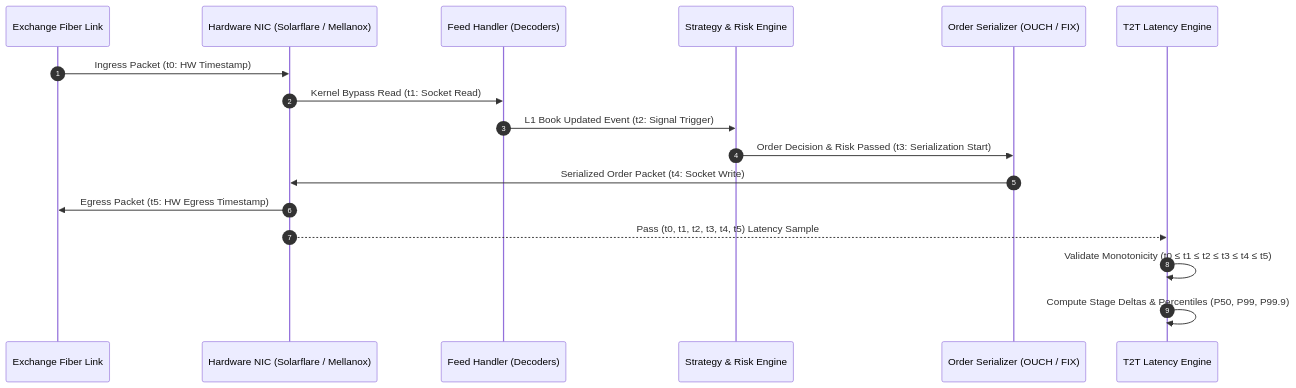
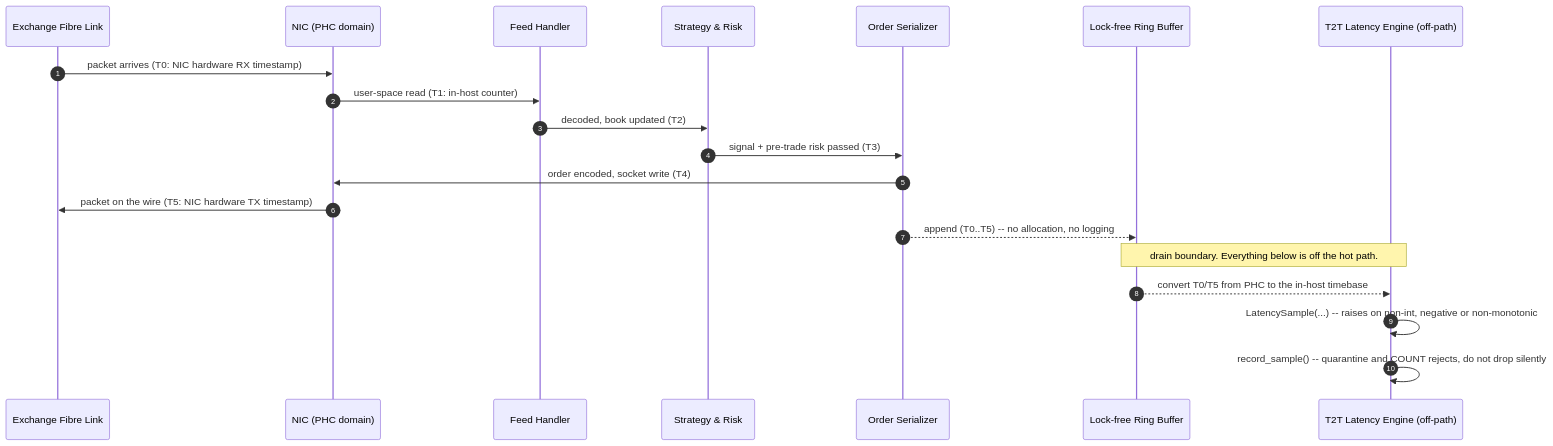
One commit to HimanshuJ16/Algo-Trading-Skills changed the first of 2 diagrams in skills/tick-to-trade-latency-measurement/references/workflows.md. Above: the diagram before and after it, drawn with Mermaid. The commit also changed other lines of this file and 443 other files, not shown here.

````diff
--- a/skills/tick-to-trade-latency-measurement/references/workflows.md
+++ b/skills/tick-to-trade-latency-measurement/references/workflows.md
@@ -4,21 +35,24 @@
 ```mermaid
 sequenceDiagram
     autonumber
-    participant Wire as Exchange Fiber Link
-    participant NIC as Hardware NIC (Solarflare / Mellanox)
-    participant Feed as Feed Handler (Decoders)
-    participant Strategy as Strategy & Risk Engine
-    participant Order as Order Serializer (OUCH / FIX)
-    participant Profiler as T2T Latency Engine
+    participant Wire as Exchange Fibre Link
+    participant NIC as NIC (PHC domain)
+    participant Feed as Feed Handler
+    participant Strategy as Strategy & Risk
+    participant Order as Order Serializer
+    participant Buf as Lock-free Ring Buffer
+    participant Engine as T2T Latency Engine (off-path)
 
-    Wire->>NIC: Ingress Packet (t0: HW Timestamp)
-    NIC->>Feed: Kernel Bypass Read (t1: Socket Read)
-    Feed->>Strategy: L1 Book Updated Event (t2: Signal Trigger)
-    Strategy->>Order: Order Decision & Risk Passed (t3: Serialization Start)
-    Order->>NIC: Serialized Order Packet (t4: Socket Write)
-    NIC->>Wire: Egress Packet (t5: HW Egress Timestamp)
+    Wire->>NIC: packet arrives (T0: NIC hardware RX timestamp)
+    NIC->>Feed: user-space read (T1: in-host counter)
+    Feed->>Strategy: decoded, book updated (T2)
+    Strategy->>Order: signal + pre-trade risk passed (T3)
+    Order->>NIC: order encoded, socket write (T4)
+    NIC->>Wire: packet on the wire (T5: NIC hardware TX timestamp)
 
-    NIC-->>Profiler: Pass (t0, t1, t2, t3, t4, t5) Latency Sample
-    Profiler->>Profiler: Validate Monotonicity (t0 ≤ t1 ≤ t2 ≤ t3 ≤ t4 ≤ t5)
-    Profiler->>Profiler: Compute Stage Deltas & Percentiles (P50, P99, P99.9)
+    Order-->>Buf: append (T0..T5) -- no allocation, no logging
+    Note over Buf,Engine: drain boundary. Everything below is off the hot path.
+    Buf-->>Engine: convert T0/T5 from PHC to the in-host timebase
+    Engine->>Engine: LatencySample(...) -- raises on non-int, negative or non-monotonic
+    Engine->>Engine: record_sample() -- quarantine and COUNT rejects, do not drop silently
 ```
````
